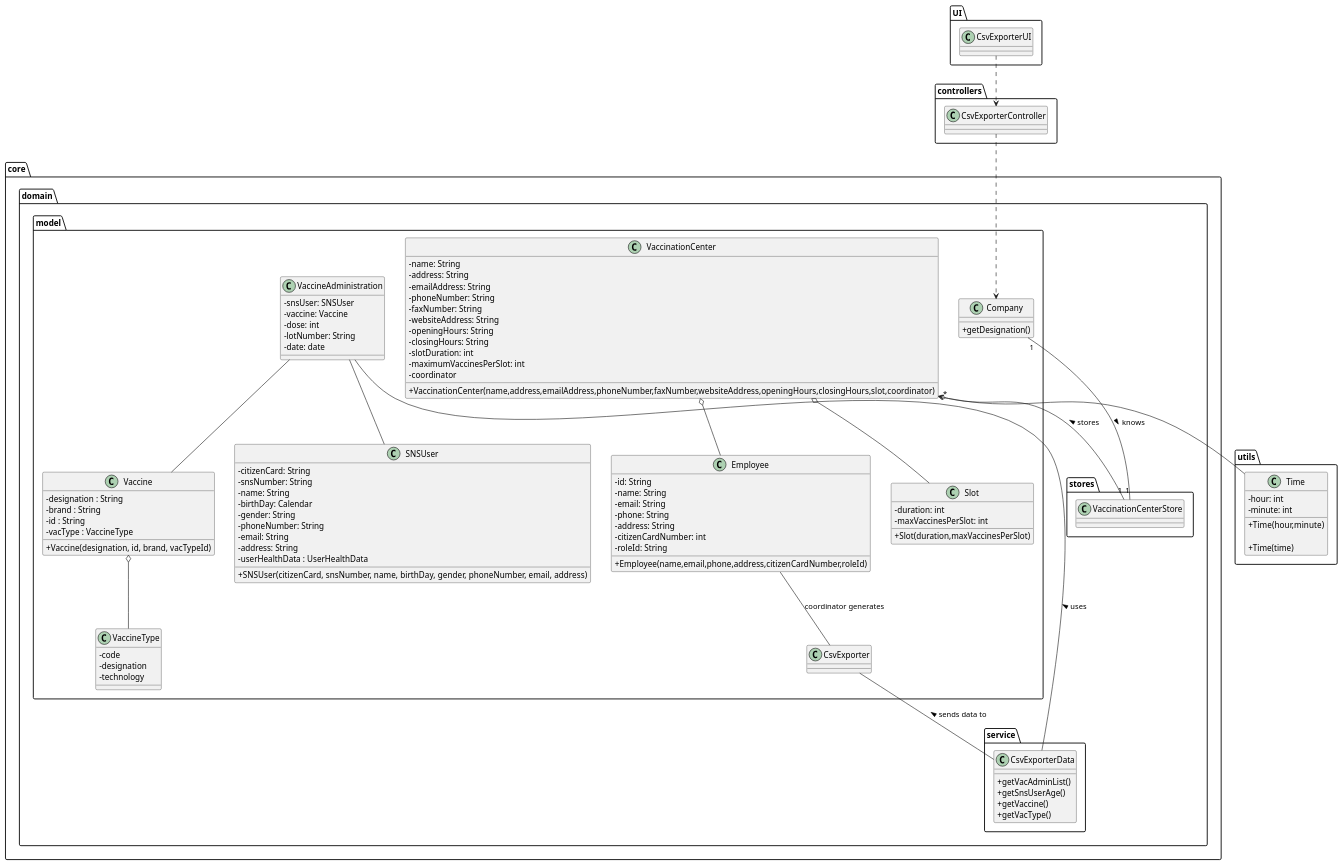
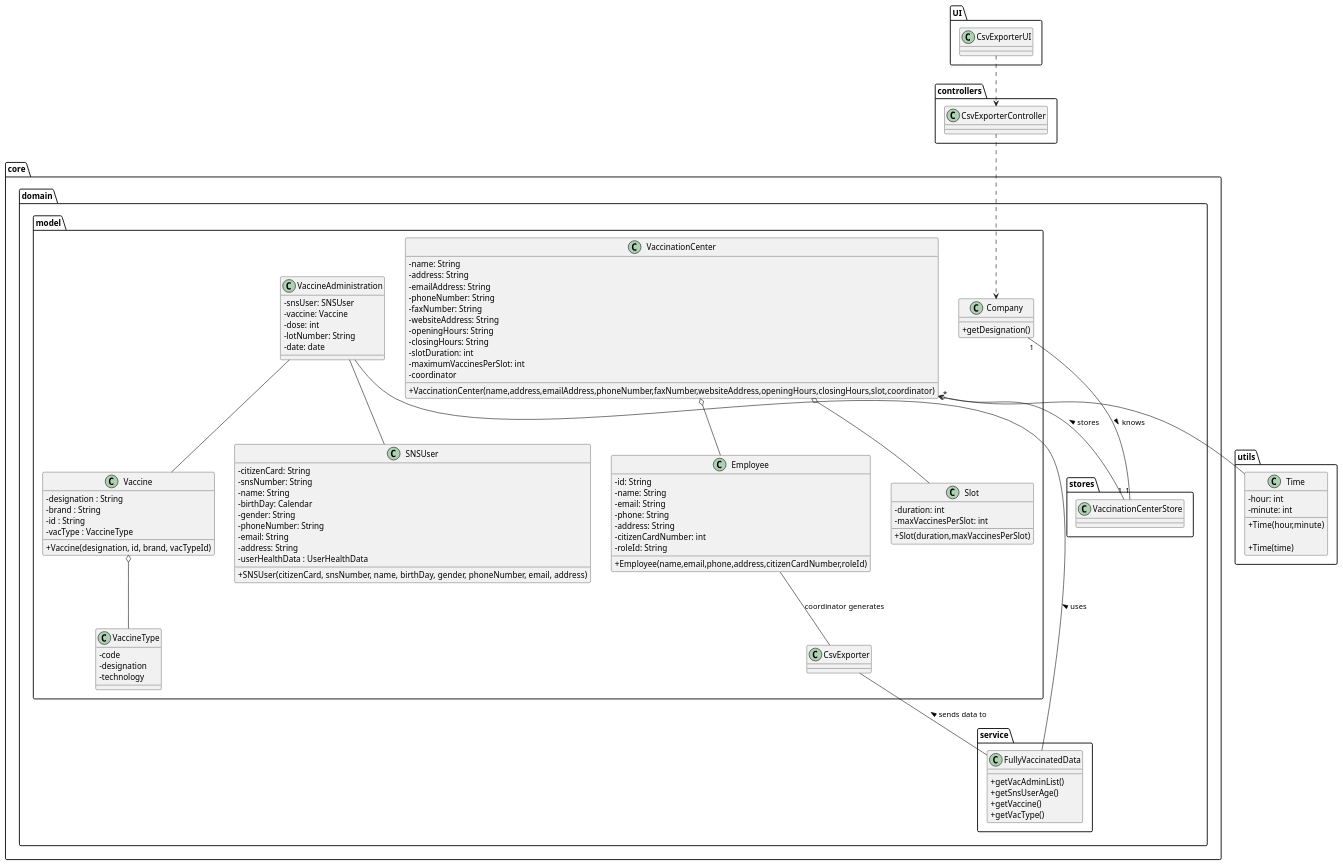
Before and after one commit to miseEnPlace-i/lapr2: the diagram in docs/SprintD/US15/CD/US15_CD.puml, drawn with PlantUML. The commit also changed 1 other file, not shown here.

Commit message:
docs(US15): updated CD (updated CsvExporterData class name)

```diff
--- a/docs/SprintD/US15/CD/US15_CD.puml
+++ b/docs/SprintD/US15/CD/US15_CD.puml
@@ -1,152 +1,152 @@
 @startuml US15_CD
 skinparam classAttributeIconSize 0
 
 package UI {
 class CsvExporterUI {}
 }
 
 package controllers {
      class CsvExporterController {
 
      }
 }
 
    package utils {
      class Time {
        - hour: int
        - minute: int
        +Time(hour,minute)
 
        +Time(time)
      }
    }
 
 package core {
   package domain {
 
     package service {
 
-class CsvExporterData {
+class FullyVaccinatedData {
     +getVacAdminList()
     +getSnsUserAge()
     +getVaccine()
     +getVacType()
     }
 }
 
     package model {
 
 class CsvExporter {}
 
 class VaccineAdministration {
   -snsUser: SNSUser
   -vaccine: Vaccine
   -dose: int
   -lotNumber: String
   -date: date
 }
 
 class Company {
     +getDesignation()
 }
 
 class VaccinationCenter {
     - name: String
     - address: String
     - emailAddress: String
     - phoneNumber: String
     - faxNumber: String
     - websiteAddress: String
     - openingHours: String
     - closingHours: String
     - slotDuration: int
     - maximumVaccinesPerSlot: int
     - coordinator
         
     +VaccinationCenter(name,address,emailAddress,phoneNumber,faxNumber,websiteAddress,openingHours,closingHours,slot,coordinator)
 }
 
 
 class Employee {
     -id: String 
     -name: String 
     -email: String 
     -phone: String 
     -address: String 
     -citizenCardNumber: int 
     -roleId: String 
 
     +Employee(name,email,phone,address,citizenCardNumber,roleId)
 }
 
 class Slot {
     -duration: int
     -maxVaccinesPerSlot: int
 
     +Slot(duration,maxVaccinesPerSlot)
 }
 
 class Vaccine {
   -designation : String
   -brand : String
   -id : String
   -vacType : VaccineType
 
   +Vaccine(designation, id, brand, vacTypeId)
 }
 
 class VaccineType {
   -code
   -designation
   -technology 
 }
 
 class SNSUser {
   - citizenCard: String
   - snsNumber: String
   - name: String
   - birthDay: Calendar
   - gender: String
   - phoneNumber: String
   - email: String
   - address: String
   - userHealthData : UserHealthData
   + SNSUser(citizenCard, snsNumber, name, birthDay, gender, phoneNumber, email, address)
 }
 
 
 }
 
 package stores {
       class VaccinationCenterStore {}
       }
 }
 
 
 
 
 
 CsvExporterUI ..> CsvExporterController
 
 CsvExporterController ..> Company
 
 Company "1" -- "1" VaccinationCenterStore : knows >
 
 VaccinationCenter o-- Employee
 VaccinationCenter o-- Time 
 VaccinationCenter o-- Slot
 
 Vaccine o-- VaccineType
 
 VaccineAdministration -- Vaccine
 VaccineAdministration -- SNSUser
 
-CsvExporterData -- VaccineAdministration : uses >
+FullyVaccinatedData -- VaccineAdministration : uses >
 
-CsvExporter -- CsvExporterData : sends data to <
+CsvExporter -- FullyVaccinatedData : sends data to <
 
 Employee -- CsvExporter : coordinator generates
 
 
 VaccinationCenterStore "1" --> "*" VaccinationCenter : stores >
 @enduml
```
